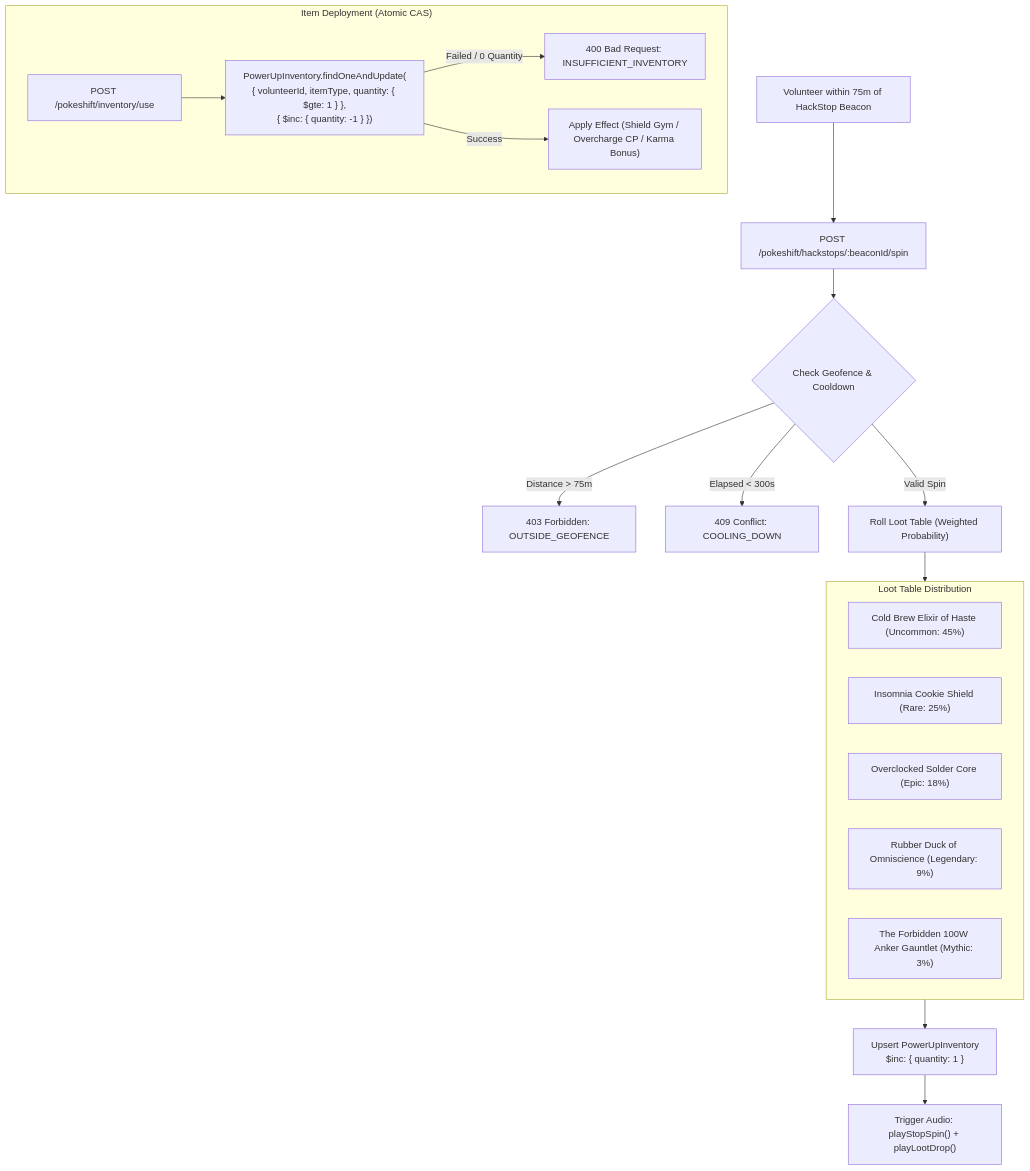
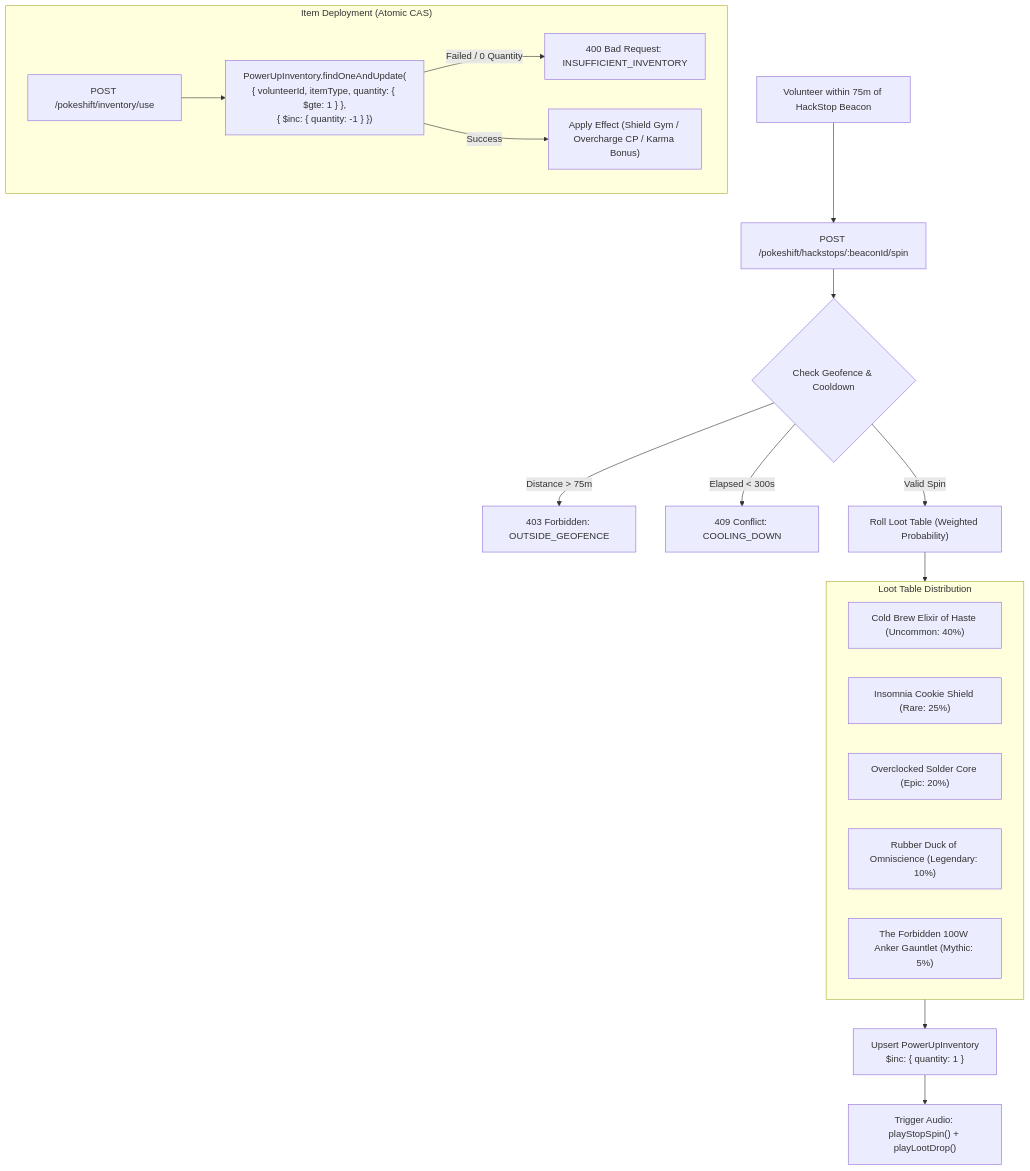
Before and after one commit to aritroBh/HackIllinois-2027-Systems-Coding-Challenge: the ninth of 10 diagrams in ARCHITECTURE.md, drawn with Mermaid. The commit also changed other lines of this file and 7 other files, not shown here.

````diff
--- a/ARCHITECTURE.md
+++ b/ARCHITECTURE.md
@@ -543,26 +561,26 @@
 ```mermaid
 flowchart TD
     A["Volunteer within 75m of HackStop Beacon"] --> B["POST /pokeshift/hackstops/:beaconId/spin"]
     B --> C{"Check Geofence & Cooldown"}
     C -->|Distance > 75m| D["403 Forbidden: OUTSIDE_GEOFENCE"]
     C -->|Elapsed < 300s| E["409 Conflict: COOLING_DOWN"]
     C -->|Valid Spin| F["Roll Loot Table (Weighted Probability)"]
 
     subgraph LootTable["Loot Table Distribution"]
-        L1["Cold Brew Elixir of Haste (Uncommon: 45%)"]
+        L1["Cold Brew Elixir of Haste (Uncommon: 40%)"]
         L2["Insomnia Cookie Shield (Rare: 25%)"]
-        L3["Overclocked Solder Core (Epic: 18%)"]
-        L4["Rubber Duck of Omniscience (Legendary: 9%)"]
-        L5["The Forbidden 100W Anker Gauntlet (Mythic: 3%)"]
+        L3["Overclocked Solder Core (Epic: 20%)"]
+        L4["Rubber Duck of Omniscience (Legendary: 10%)"]
+        L5["The Forbidden 100W Anker Gauntlet (Mythic: 5%)"]
     end
 
     F --> LootTable
     LootTable --> G["Upsert PowerUpInventory<br/>$inc: { quantity: 1 }"]
     G --> H["Trigger Audio: playStopSpin() + playLootDrop()"]
 
     subgraph Activation["Item Deployment (Atomic CAS)"]
         I["POST /pokeshift/inventory/use"] --> J["PowerUpInventory.findOneAndUpdate(<br/>{ volunteerId, itemType, quantity: { $gte: 1 } },<br/>{ $inc: { quantity: -1 } })"]
         J -->|Failed / 0 Quantity| K["400 Bad Request: INSUFFICIENT_INVENTORY"]
         J -->|Success| L["Apply Effect (Shield Gym / Overcharge CP / Karma Bonus)"]
     end
 ```
````
